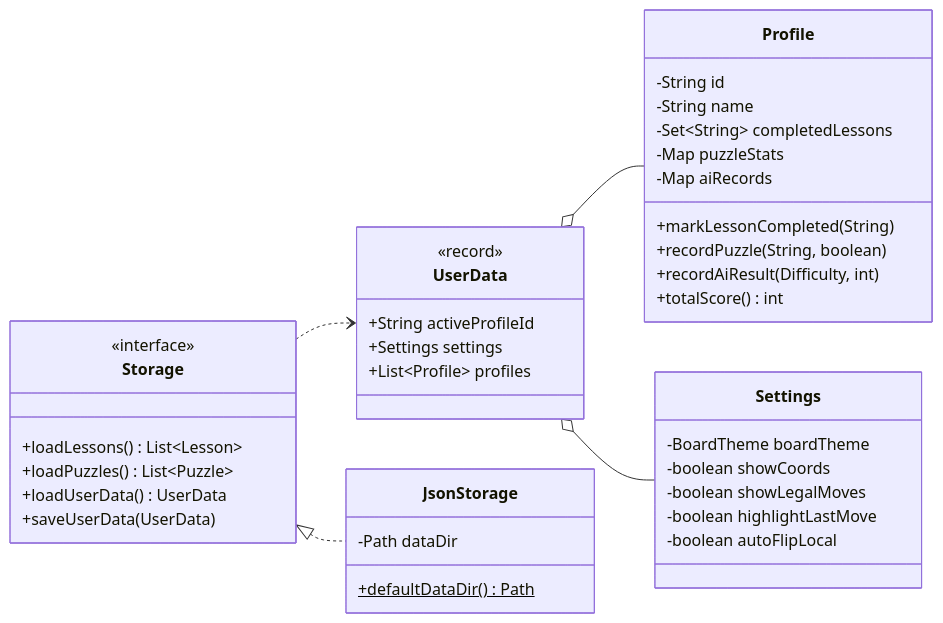
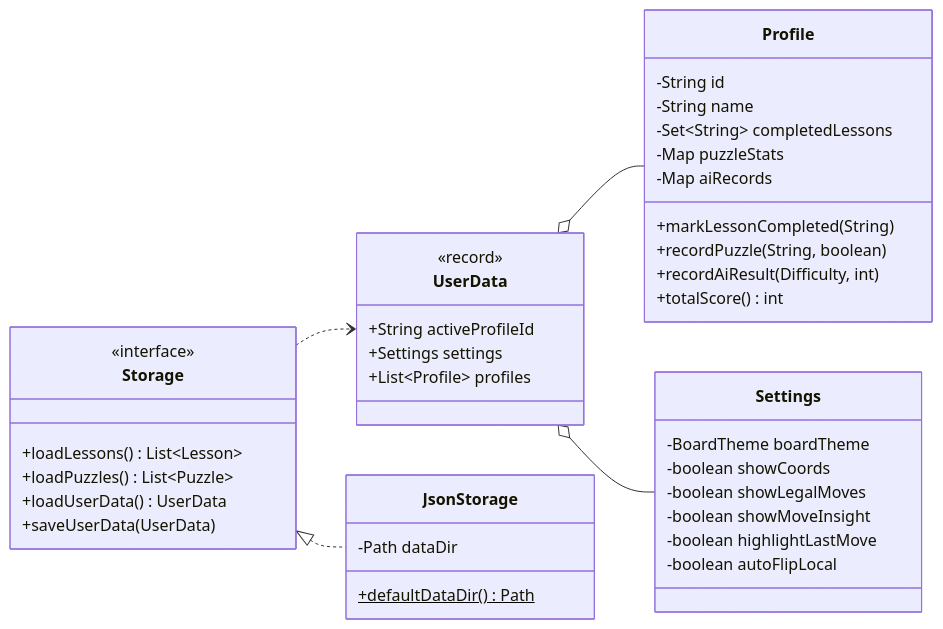
One commit to OOP-TeamA/chess-trainer changed the seventh of 7 diagrams in docs/backend.md. Above: the diagram before and after it, drawn with Mermaid. The commit also changed other lines of this file and 27 other files, not shown here.

````diff
--- a/docs/backend.md
+++ b/docs/backend.md
@@ -416,43 +450,44 @@
 ```mermaid
 classDiagram
     direction LR
     class Storage {
         <<interface>>
         +loadLessons() List~Lesson~
         +loadPuzzles() List~Puzzle~
         +loadUserData() UserData
         +saveUserData(UserData)
     }
     class UserData {
         <<record>>
         +String activeProfileId
         +Settings settings
         +List~Profile~ profiles
     }
     class JsonStorage {
         -Path dataDir
         +defaultDataDir()$ Path
     }
     class Profile {
         -String id
         -String name
         -Set~String~ completedLessons
         -Map puzzleStats
         -Map aiRecords
         +markLessonCompleted(String)
         +recordPuzzle(String, boolean)
         +recordAiResult(Difficulty, int)
         +totalScore() int
     }
     class Settings {
         -BoardTheme boardTheme
         -boolean showCoords
         -boolean showLegalMoves
+        -boolean showMoveInsight
         -boolean highlightLastMove
         -boolean autoFlipLocal
     }
     Storage <|.. JsonStorage
     Storage ..> UserData
     UserData o-- Profile
     UserData o-- Settings
 ```
````
